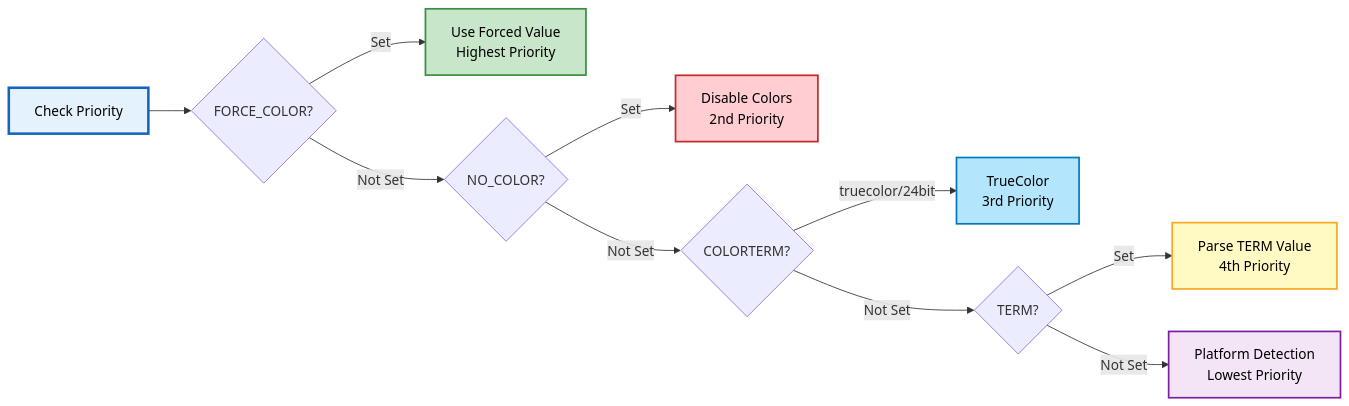
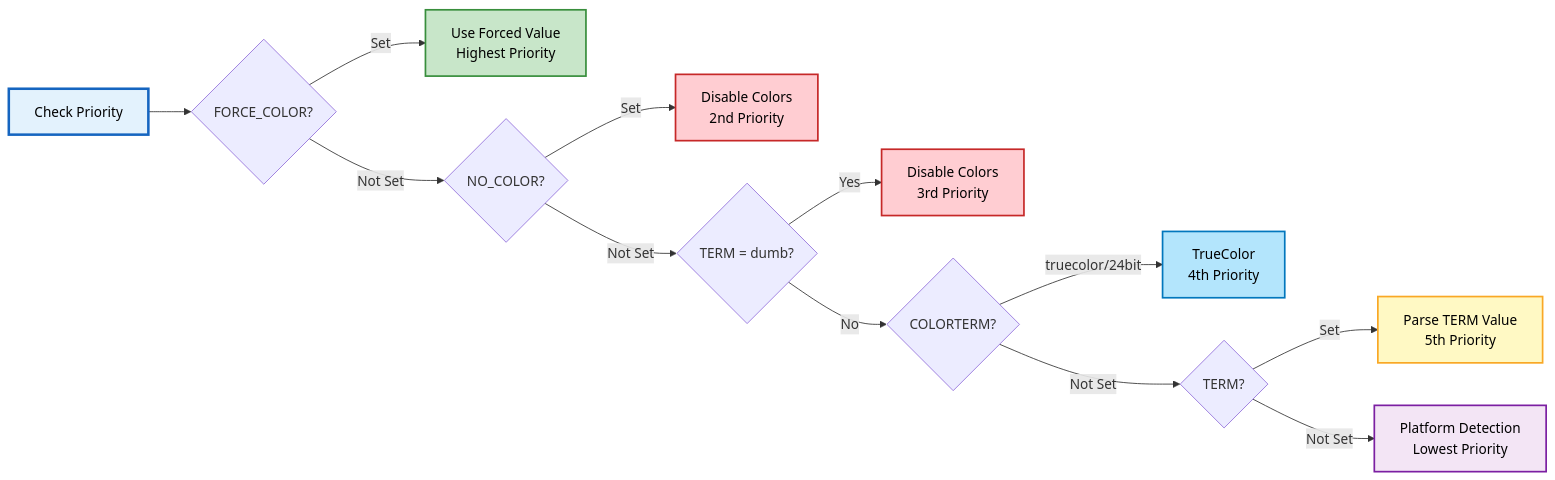
One commit to MarkusMcNugen/PSWriteColorEX changed the fifth of 6 diagrams in Docs/Public/Test-AnsiSupport.md. Above: the diagram before and after it, drawn with Mermaid. The commit also changed other lines of this file and 10 other files, not shown here.

````diff
--- a/Docs/Public/Test-AnsiSupport.md
+++ b/Docs/Public/Test-AnsiSupport.md
@@ -332,19 +339,22 @@
 ```mermaid
 graph LR
     A[Check Priority] --> B{FORCE_COLOR?}
     B -->|Set| C[Use Forced Value<br/>Highest Priority]
     B -->|Not Set| D{NO_COLOR?}
     D -->|Set| E[Disable Colors<br/>2nd Priority]
-    D -->|Not Set| F{COLORTERM?}
-    F -->|truecolor/24bit| G[TrueColor<br/>3rd Priority]
+    D -->|Not Set| K{TERM = dumb?}
+    K -->|Yes| L[Disable Colors<br/>3rd Priority]
+    K -->|No| F{COLORTERM?}
+    F -->|truecolor/24bit| G[TrueColor<br/>4th Priority]
     F -->|Not Set| H{TERM?}
-    H -->|Set| I[Parse TERM Value<br/>4th Priority]
+    H -->|Set| I[Parse TERM Value<br/>5th Priority]
     H -->|Not Set| J[Platform Detection<br/>Lowest Priority]
 
     style A fill:#e3f2fd,stroke:#1565c0,stroke-width:3px,color:#000
     style C fill:#c8e6c9,stroke:#388e3c,stroke-width:2px,color:#000
     style E fill:#ffcdd2,stroke:#c62828,stroke-width:2px,color:#000
+    style L fill:#ffcdd2,stroke:#c62828,stroke-width:2px,color:#000
     style G fill:#b3e5fc,stroke:#0277bd,stroke-width:2px,color:#000
     style I fill:#fff9c4,stroke:#f9a825,stroke-width:2px,color:#000
     style J fill:#f3e5f5,stroke:#7b1fa2,stroke-width:2px,color:#000
 ```
````
